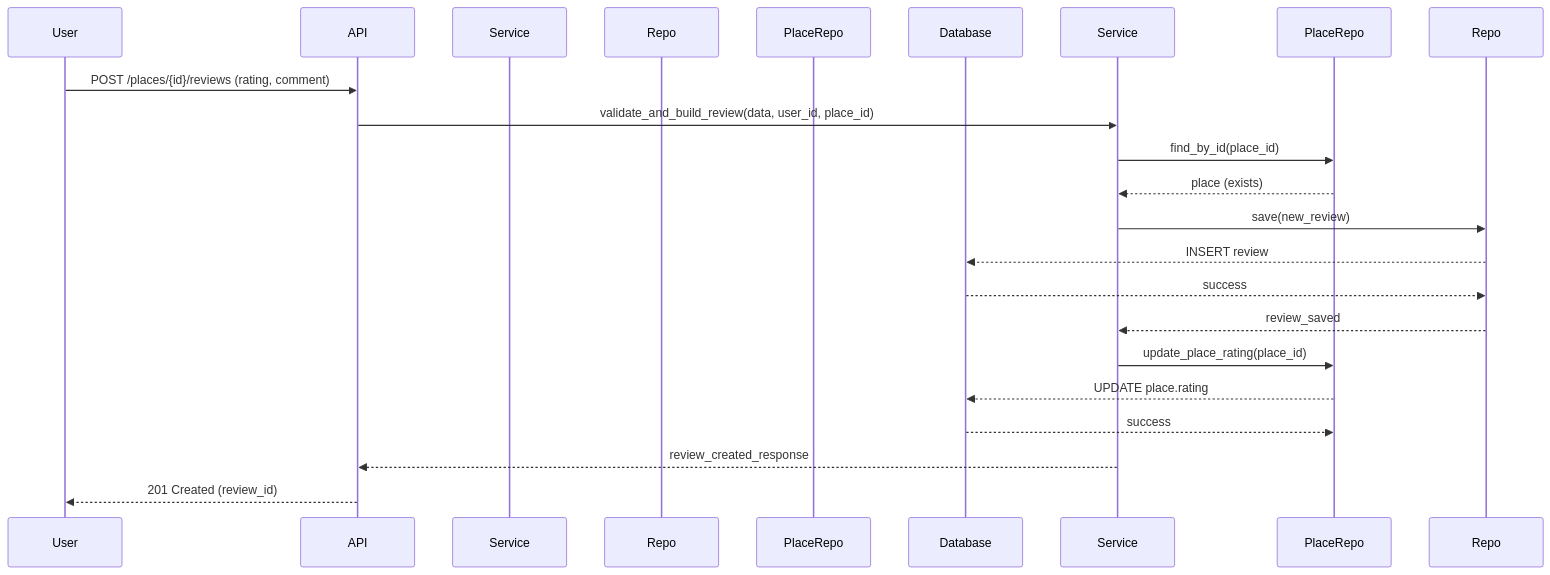
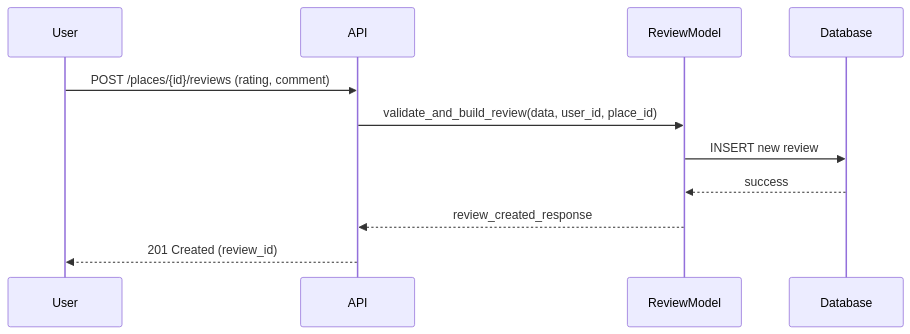
The fifth of 6 diagrams in part1/3. Documentation Compilation.md (loicleguen/holbertonschool-hbnb), drawn with Mermaid before and after one commit. The commit also changed other lines of this file, not shown here.

Commit message:
refactor: update architecture and class diagrams for clarity and consistency

````diff
--- a/part1/3. Documentation Compilation.md
+++ b/part1/3. Documentation Compilation.md
@@ -234,23 +194,14 @@
 ```mermaid
 sequenceDiagram
     participant User
     participant API
-    participant ReviewService as Service
-    participant ReviewRepository as Repo
-    participant PlaceRepository as PlaceRepo
+    participant BusinessLogic as ReviewModel
     participant Database
 
     User->>API: POST /places/{id}/reviews (rating, comment)
-    API->>Service: validate_and_build_review(data, user_id, place_id)
-    Service->>PlaceRepo: find_by_id(place_id)
-    PlaceRepo-->>Service: place (exists)
-    Service->>Repo: save(new_review)
-    Repo-->>Database: INSERT review
-    Database-->>Repo: success
-    Repo-->>Service: review_saved
-    Service->>PlaceRepo: update_place_rating(place_id)
-    PlaceRepo-->>Database: UPDATE place.rating
-    Database-->>PlaceRepo: success
-    Service-->>API: review_created_response
+    API->>BusinessLogic: validate_and_build_review(data, user_id, place_id)
+    BusinessLogic->>Database: INSERT new review
+    Database-->>BusinessLogic: success
+    BusinessLogic-->>API: review_created_response
     API-->>User: 201 Created (review_id)
 ```
````
